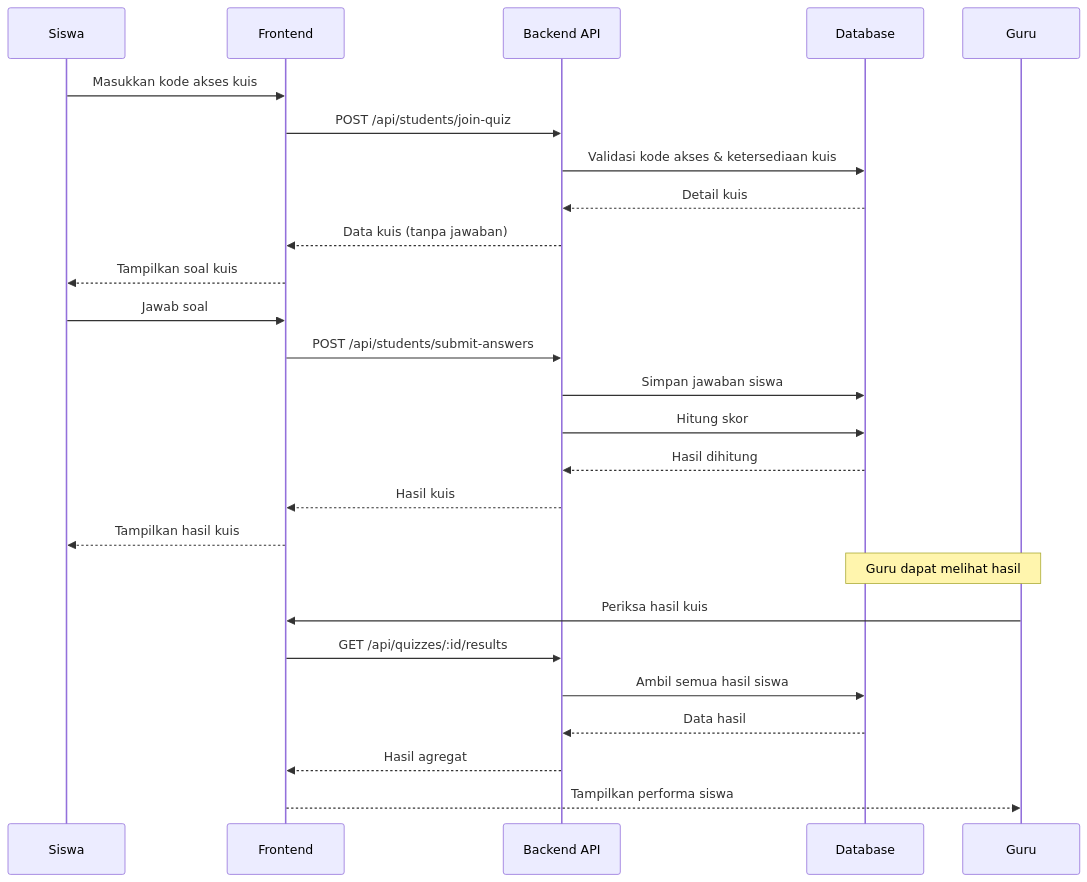
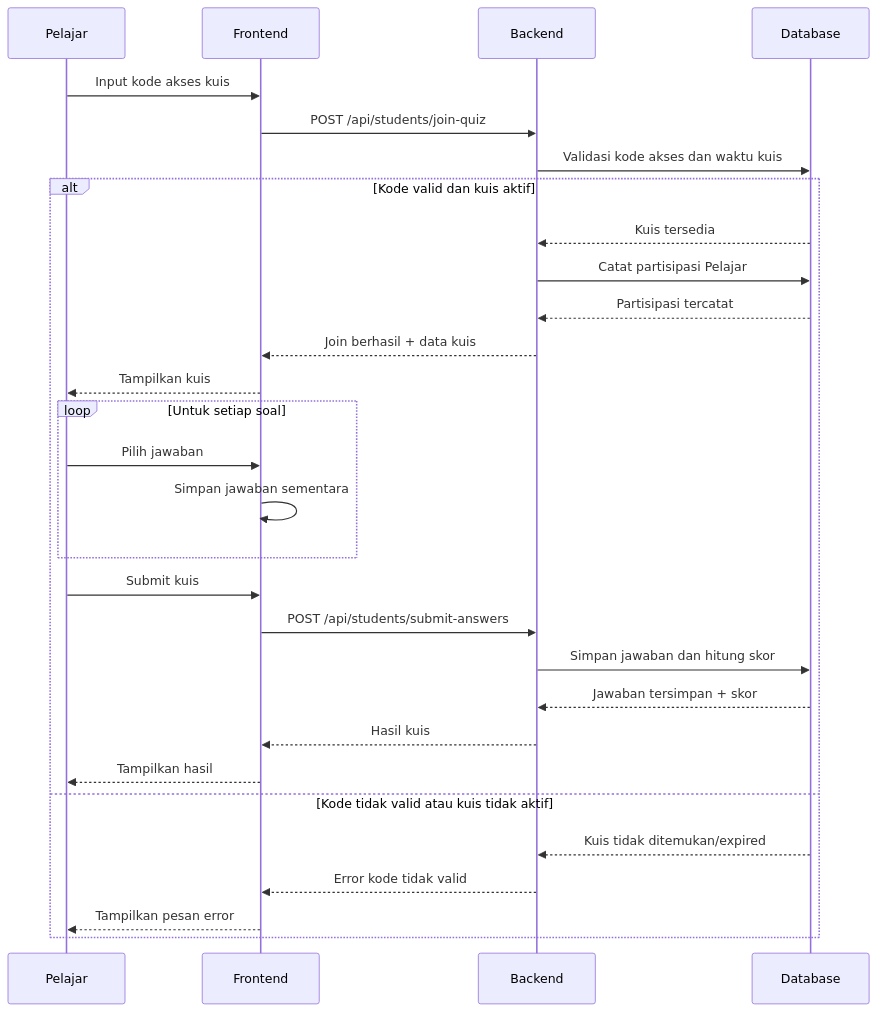
The eighth of 10 diagrams in sequence-diagrams.md (jonito2005/exam-expert-ai-docs), drawn with Mermaid before and after one commit. The commit also changed other lines of this file, not shown here.

````diff
--- a/sequence-diagrams.md
+++ b/sequence-diagrams.md
@@ -172,31 +207,32 @@
 ```mermaid
 sequenceDiagram
-    participant S as Siswa
-    participant F as Frontend
-    participant API as Backend API
-    participant DB as Database
-    participant T as Guru
+    participant Pelajar
+    participant Frontend
+    participant Backend
+    participant Database
 
-    S->>F: Masukkan kode akses kuis
-    F->>API: POST /api/students/join-quiz
-    API->>DB: Validasi kode akses & ketersediaan kuis
-    DB-->>API: Detail kuis
-    API-->>F: Data kuis (tanpa jawaban)
-    F-->>S: Tampilkan soal kuis
-
-    S->>F: Jawab soal
-    F->>API: POST /api/students/submit-answers
-    API->>DB: Simpan jawaban siswa
-    API->>DB: Hitung skor
-    DB-->>API: Hasil dihitung
-    API-->>F: Hasil kuis
-    F-->>S: Tampilkan hasil kuis
-
-    Note over T,DB: Guru dapat melihat hasil
-    T->>F: Periksa hasil kuis
-    F->>API: GET /api/quizzes/:id/results
-    API->>DB: Ambil semua hasil siswa
-    DB-->>API: Data hasil
-    API-->>F: Hasil agregat
-    F-->>T: Tampilkan performa siswa
+    Pelajar->>Frontend: Input kode akses kuis
+    Frontend->>Backend: POST /api/students/join-quiz
+    Backend->>Database: Validasi kode akses dan waktu kuis
+    alt Kode valid dan kuis aktif
+        Database-->>Backend: Kuis tersedia
+        Backend->>Database: Catat partisipasi Pelajar
+        Database-->>Backend: Partisipasi tercatat
+        Backend-->>Frontend: Join berhasil + data kuis
+        Frontend-->>Pelajar: Tampilkan kuis
+        loop Untuk setiap soal
+            Pelajar->>Frontend: Pilih jawaban
+            Frontend->>Frontend: Simpan jawaban sementara
+        end
+        Pelajar->>Frontend: Submit kuis
+        Frontend->>Backend: POST /api/students/submit-answers
+        Backend->>Database: Simpan jawaban dan hitung skor
+        Database-->>Backend: Jawaban tersimpan + skor
+        Backend-->>Frontend: Hasil kuis
+        Frontend-->>Pelajar: Tampilkan hasil
+    else Kode tidak valid atau kuis tidak aktif
+        Database-->>Backend: Kuis tidak ditemukan/expired
+        Backend-->>Frontend: Error kode tidak valid
+        Frontend-->>Pelajar: Tampilkan pesan error
+    end
 ```
````
